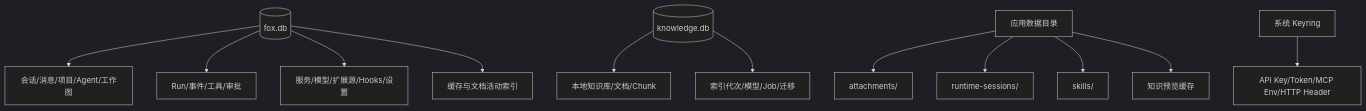
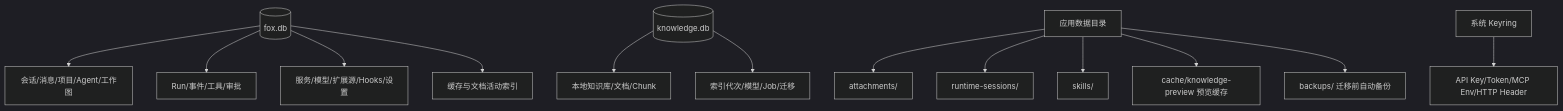
Before and after one commit to Hry1729/Fox-Agent: the first of 2 diagrams in docs/02-架构/数据架构.md, drawn with Mermaid (dark theme). The commit also changed other lines of this file, not shown here.

Commit message:
docs: 复核数据架构，Schema 更新到 v97 并补充缺失 Agent 行的启动修复 [skip ci]

````diff
--- a/docs/02-架构/数据架构.md
+++ b/docs/02-架构/数据架构.md
@@ -20,15 +22,16 @@
 ```mermaid
 flowchart TD
     DB[("fox.db")]
     DB --> PRODUCT["会话/消息/项目/Agent/工作图"]
     DB --> RUN["Run/事件/工具/审批"]
     DB --> CONFIG["服务/模型/扩展源/Hooks/设置"]
     DB --> CACHEIDX["缓存与文档活动索引"]
     KDB[("knowledge.db")] --> KPRODUCT["本地知识库/文档/Chunk"]
     KDB --> KINDEX["索引代次/模型/Job/迁移"]
     FS["应用数据目录"] --> ATT["attachments/"]
     FS --> SESSION["runtime-sessions/"]
     FS --> SKILL["skills/"]
-    FS --> CACHE["知识预览缓存"]
+    FS --> CACHE["cache/knowledge-preview 预览缓存"]
+    FS --> BACKUP["backups/ 迁移前自动备份"]
     KEY["系统 Keyring"] --> SECRET["API Key/Token/MCP Env/HTTP Header"]
 ```
````
